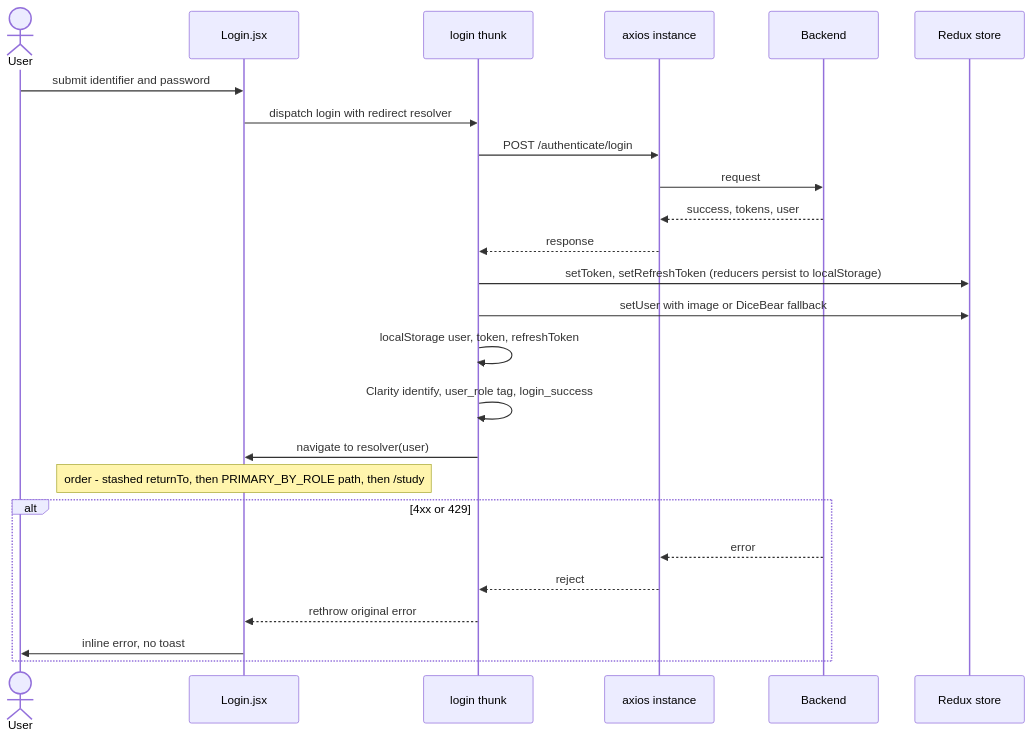
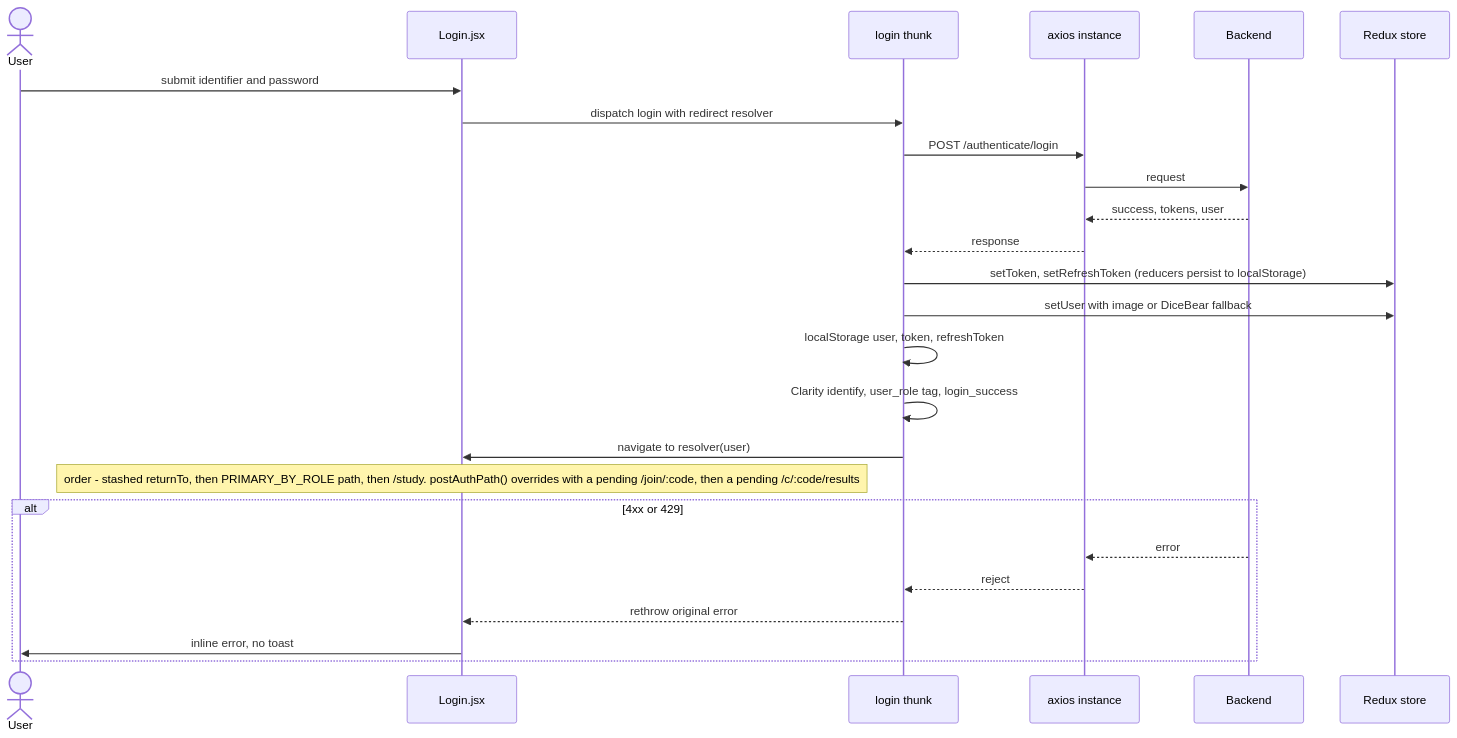
One commit to AskAide-AI/docs changed the sixth of 14 diagrams in docs/frontend/lld.md. Above: the diagram before and after it, drawn with Mermaid. The commit also changed other lines of this file and 46 other files, not shown here.

````diff
--- a/docs/frontend/lld.md
+++ b/docs/frontend/lld.md
@@ -475,27 +515,27 @@
 ```mermaid
 sequenceDiagram
   actor U as User
   participant L as Login.jsx
   participant T as login thunk
   participant AX as axios instance
   participant BE as Backend
   participant RS as Redux store
   U->>L: submit identifier and password
   L->>T: dispatch login with redirect resolver
   T->>AX: POST /authenticate/login
   AX->>BE: request
   BE-->>AX: success, tokens, user
   AX-->>T: response
   T->>RS: setToken, setRefreshToken (reducers persist to localStorage)
   T->>RS: setUser with image or DiceBear fallback
   T->>T: localStorage user, token, refreshToken
   T->>T: Clarity identify, user_role tag, login_success
   T->>L: navigate to resolver(user)
-  Note over L: order - stashed returnTo, then PRIMARY_BY_ROLE path, then /study
+  Note over L: order - stashed returnTo, then PRIMARY_BY_ROLE path, then /study. postAuthPath() overrides with a pending /join/:code, then a pending /c/:code/results
   alt 4xx or 429
     BE-->>AX: error
     AX-->>T: reject
     T-->>L: rethrow original error
     L->>U: inline error, no toast
   end
 ```
````
